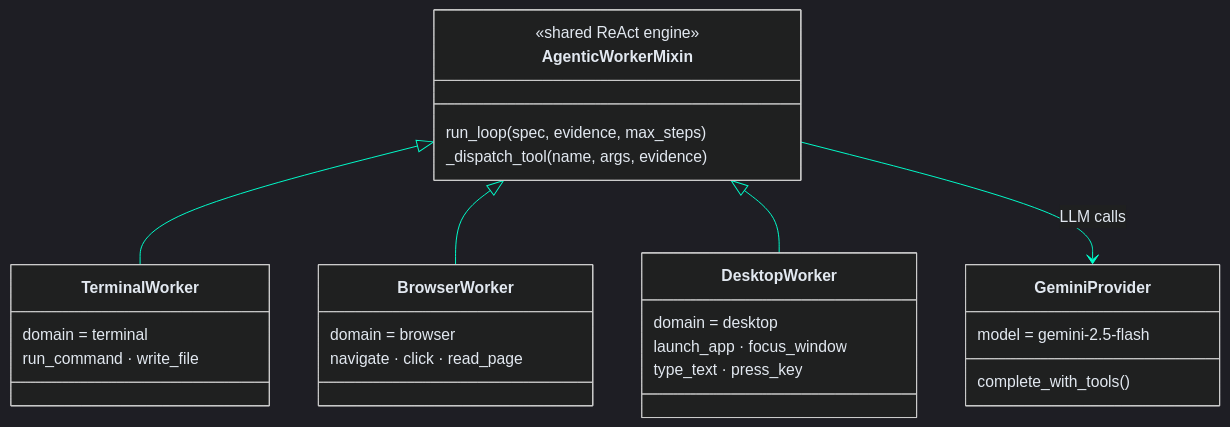
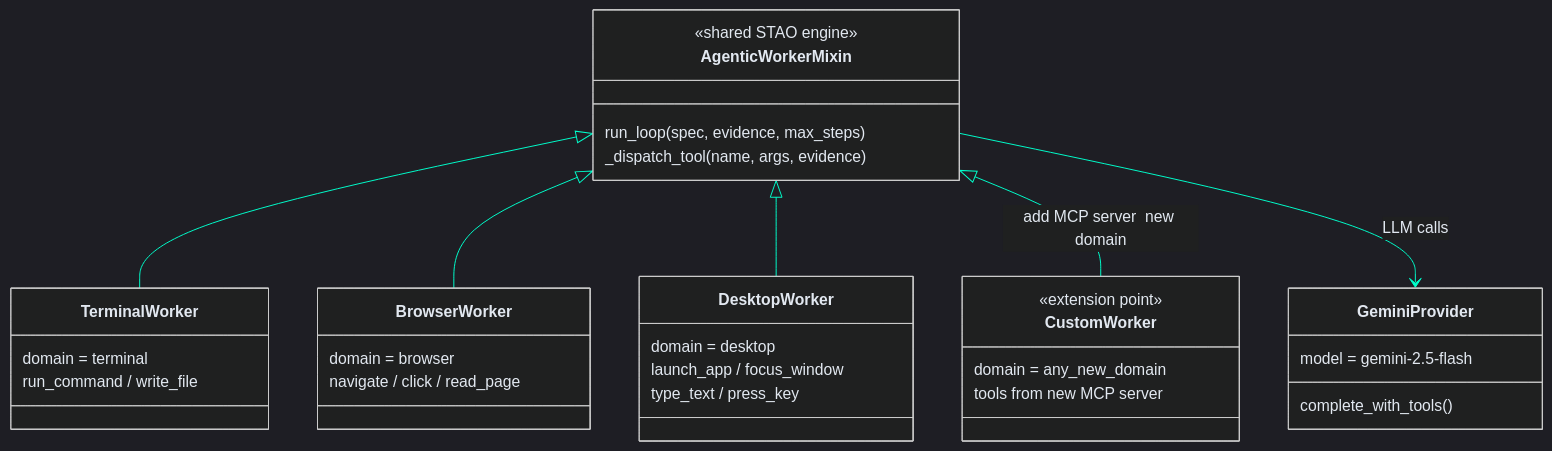
Before and after one commit to DurdeuVlad/trinity-pilot: the diagram in docs/diagrams/06-class-hierarchy.mmd, drawn with Mermaid. The commit also changed 37 other files, not shown here.

```diff
--- a/docs/diagrams/06-class-hierarchy.mmd
+++ b/docs/diagrams/06-class-hierarchy.mmd
@@ -1,35 +1,43 @@
 %%{init: {'theme': 'dark', 'themeVariables': {'background': '#0a0e1a', 'primaryColor': '#0d1433', 'primaryBorderColor': '#00ffcc', 'primaryTextColor': '#e2e8f0', 'lineColor': '#00ffcc', 'classText': '#e2e8f0', 'fontSize': '16px'}}}%%
 classDiagram
-    direction TB
+ accTitle: Class Hierarchy  Shared STAO Engine and Worker Specializations
+ direction TB
 
-    class AgenticWorkerMixin {
-        <<shared ReAct engine>>
-        run_loop(spec, evidence, max_steps)
-        _dispatch_tool(name, args, evidence)
-    }
+ class AgenticWorkerMixin {
+ <<shared STAO engine>>
+ run_loop(spec, evidence, max_steps)
+ _dispatch_tool(name, args, evidence)
+ }
 
-    class TerminalWorker {
-        domain = terminal
-        run_command · write_file
-    }
+ class TerminalWorker {
+ domain = terminal
+ run_command / write_file
+ }
 
-    class BrowserWorker {
-        domain = browser
-        navigate · click · read_page
-    }
+ class BrowserWorker {
+ domain = browser
+ navigate / click / read_page
+ }
 
-    class DesktopWorker {
-        domain = desktop
-        launch_app · focus_window
-        type_text · press_key
-    }
+ class DesktopWorker {
+ domain = desktop
+ launch_app / focus_window
+ type_text / press_key
+ }
 
-    class GeminiProvider {
-        model = gemini-2.5-flash
-        complete_with_tools()
-    }
+ class GeminiProvider {
+ model = gemini-2.5-flash
+ complete_with_tools()
+ }
 
-    AgenticWorkerMixin  <|--  TerminalWorker
-    AgenticWorkerMixin  <|--  BrowserWorker
-    AgenticWorkerMixin  <|--  DesktopWorker
-    AgenticWorkerMixin  -->   GeminiProvider : LLM calls
+ class CustomWorker {
+ <<extension point>>
+ domain = any_new_domain
+ tools from new MCP server
+ }
+
+ AgenticWorkerMixin  <|--  TerminalWorker
+ AgenticWorkerMixin  <|--  BrowserWorker
+ AgenticWorkerMixin  <|--  DesktopWorker
+ AgenticWorkerMixin  <|--  CustomWorker : add MCP server  new domain
+ AgenticWorkerMixin  --> GeminiProvider : LLM calls
```
